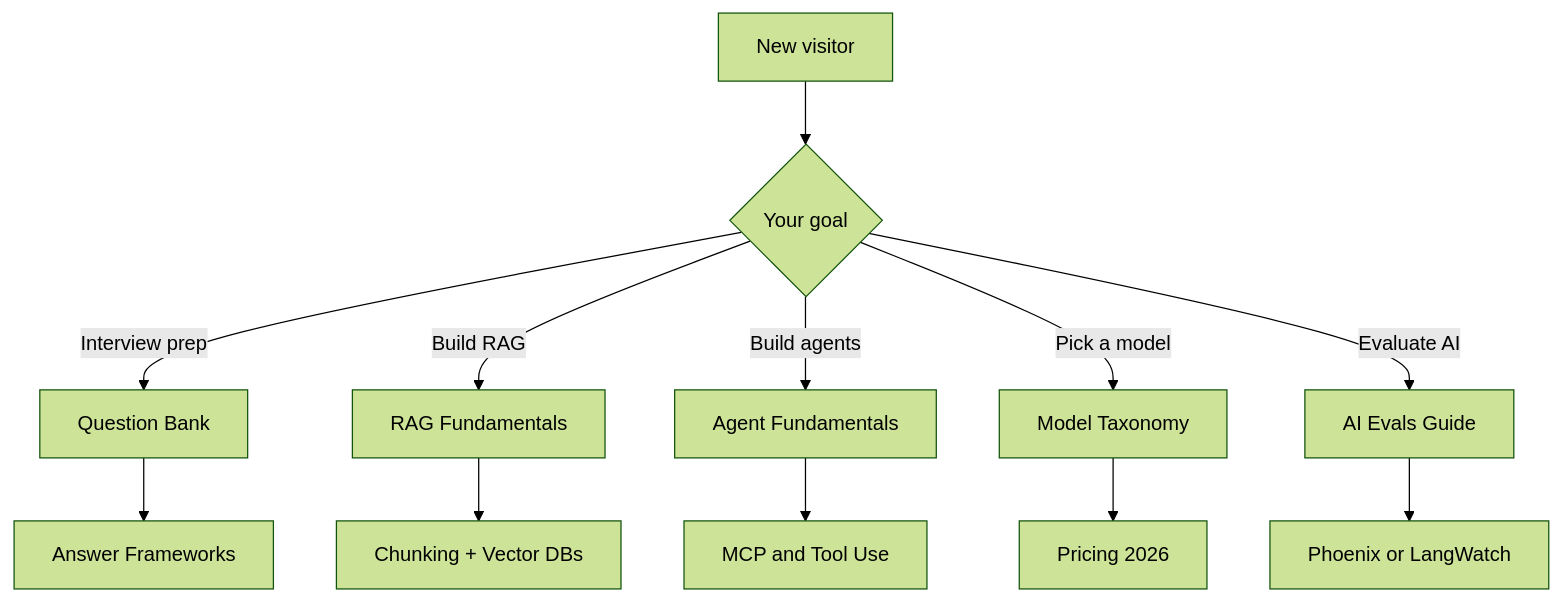
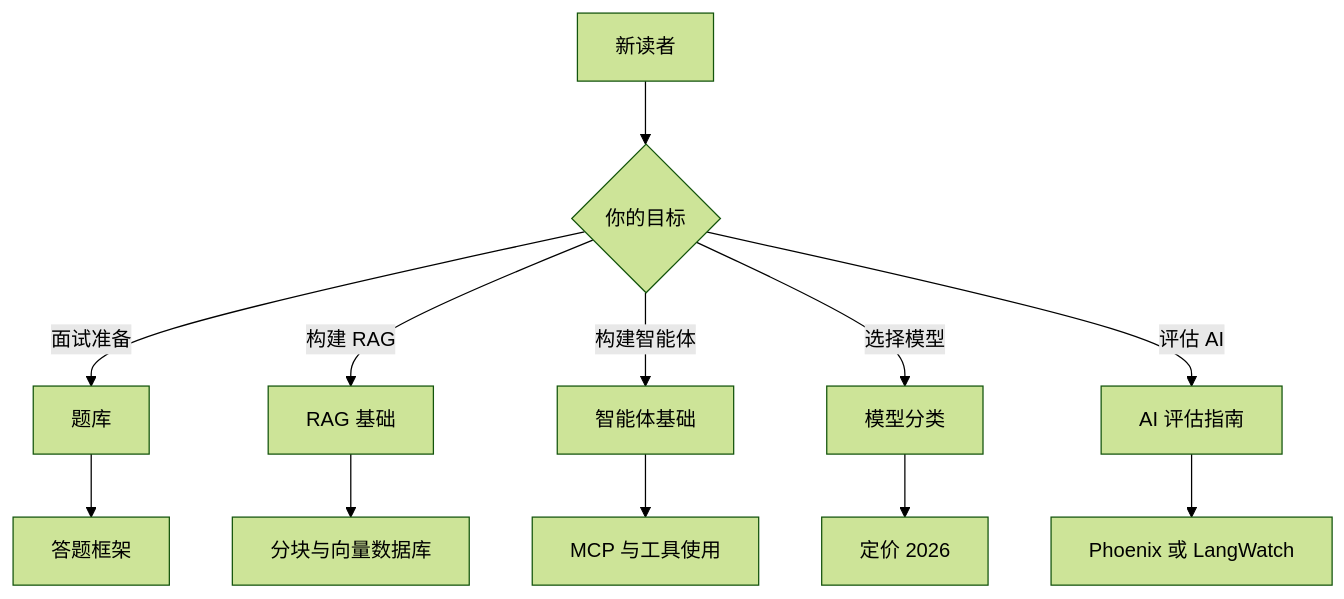
The first of 2 diagrams in README.md (ChiHoc/ai-system-design-guide-zh), drawn with Mermaid (forest theme) before and after one commit. The commit also changed other lines of this file and 17 other files, not shown here.

````diff
--- a/README.md
+++ b/README.md
@@ -76,14 +76,14 @@
 ```mermaid
 flowchart TD
-    A[New visitor] --> B{Your goal}
-    B -->|Interview prep| C[Question Bank]
-    B -->|Build RAG| D[RAG Fundamentals]
-    B -->|Build agents| E[Agent Fundamentals]
-    B -->|Pick a model| F[Model Taxonomy]
-    B -->|Evaluate AI| G[AI Evals Guide]
-    C --> H[Answer Frameworks]
-    D --> I[Chunking + Vector DBs]
-    E --> J[MCP and Tool Use]
-    F --> K[Pricing 2026]
-    G --> L[Phoenix or LangWatch]
+    A[新读者] --> B{你的目标}
+    B -->|面试准备| C[题库]
+    B -->|构建 RAG| D[RAG 基础]
+    B -->|构建智能体| E[智能体基础]
+    B -->|选择模型| F[模型分类]
+    B -->|评估 AI| G[AI 评估指南]
+    C --> H[答题框架]
+    D --> I[分块与向量数据库]
+    E --> J[MCP 与工具使用]
+    F --> K[定价 2026]
+    G --> L[Phoenix 或 LangWatch]
 ```
````
